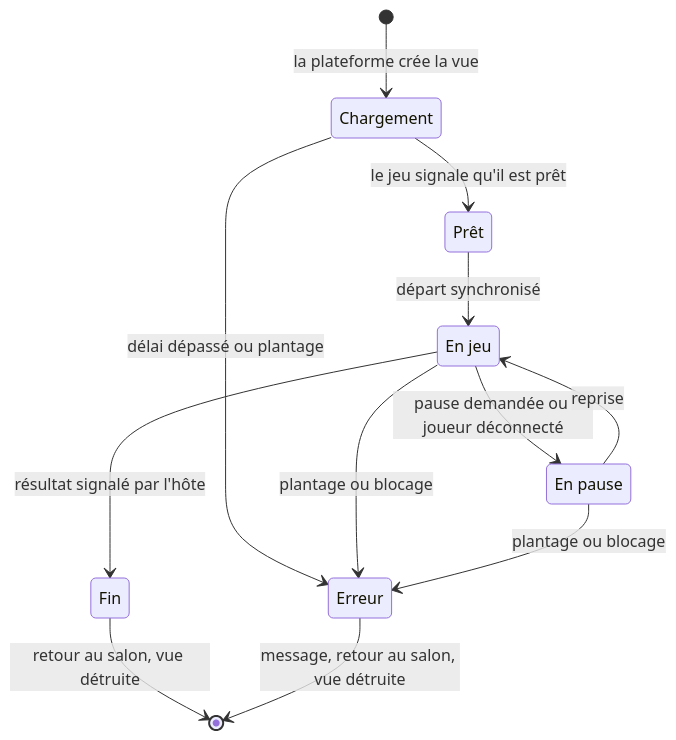
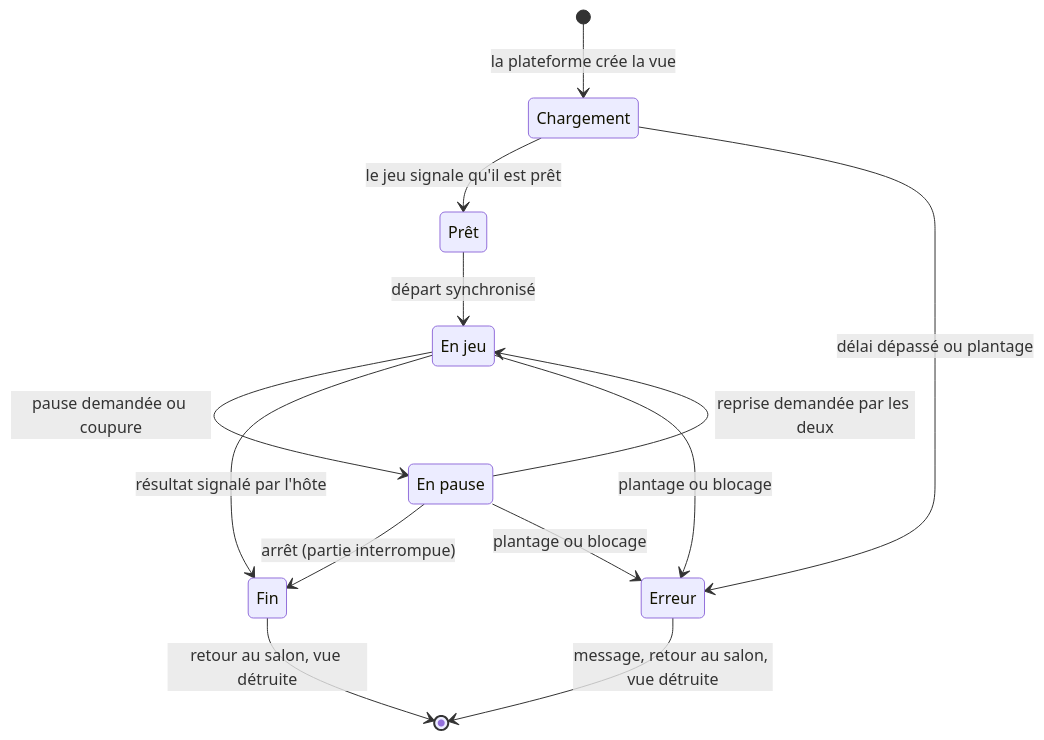
One commit to Haeev/duo changed the third of 5 diagrams in docs/plateforme/architecture.md. Above: the diagram before and after it, drawn with Mermaid. The commit also changed other lines of this file and 152 other files, not shown here.

````diff
--- a/docs/plateforme/architecture.md
+++ b/docs/plateforme/architecture.md
@@ -297,17 +273,18 @@
 ```mermaid
 stateDiagram-v2
   state "Prêt" as Pret
   state "En jeu" as EnJeu
   state "En pause" as EnPause
   [*] --> Chargement: la plateforme crée la vue
   Chargement --> Pret: le jeu signale qu'il est prêt
   Pret --> EnJeu: départ synchronisé
-  EnJeu --> EnPause: pause demandée ou joueur déconnecté
-  EnPause --> EnJeu: reprise
+  EnJeu --> EnPause: pause demandée ou coupure
+  EnPause --> EnJeu: reprise demandée par les deux
   EnJeu --> Fin: résultat signalé par l'hôte
+  EnPause --> Fin: arrêt (partie interrompue)
   Fin --> [*]: retour au salon, vue détruite
   Chargement --> Erreur: délai dépassé ou plantage
   EnJeu --> Erreur: plantage ou blocage
   EnPause --> Erreur: plantage ou blocage
   Erreur --> [*]: message, retour au salon, vue détruite
 ```
````
